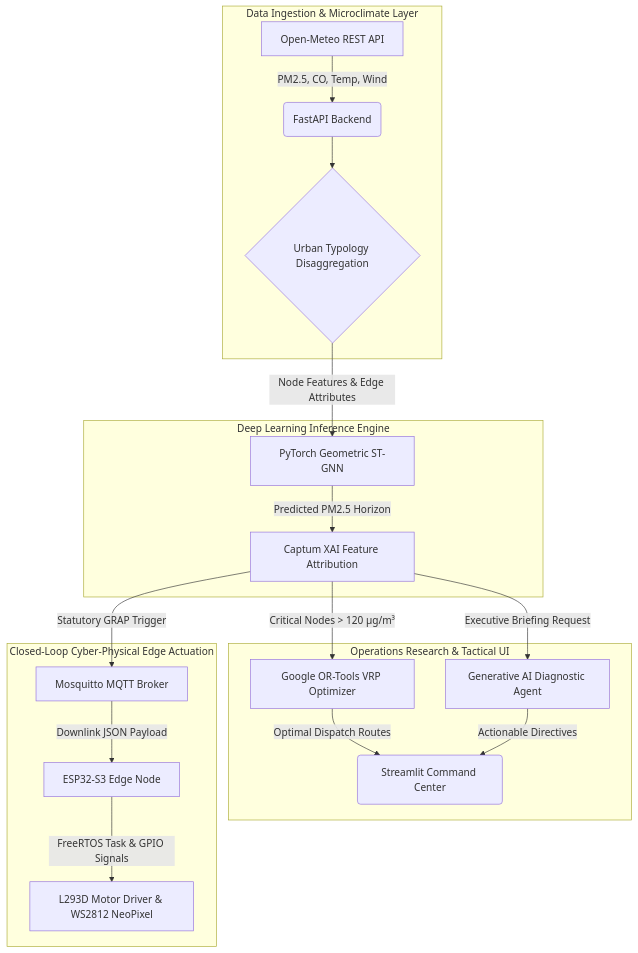
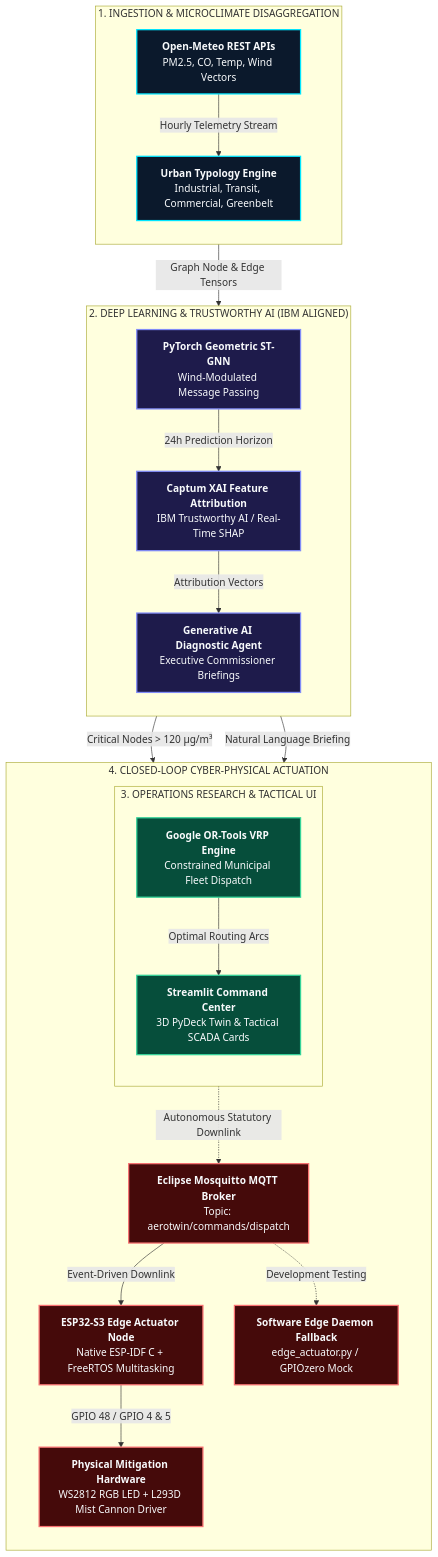
Before and after one commit to alfayezahmad/AeroTwin: the diagram in README.md, drawn with Mermaid. The commit also changed other lines of this file, not shown here.

Commit message:
docs(arch): restructure and format 4-tier closed-loop CPS architecture diagram

````diff
--- a/README.md
+++ b/README.md
@@ -48,25 +50,52 @@
 ```mermaid
-graph TD
-    subgraph Data Ingestion & Microclimate Layer
-        A[Open-Meteo REST API] -->|PM2.5, CO, Temp, Wind| B(FastAPI Backend)
-        B --> C{Urban Typology Disaggregation}
+flowchart TB
+    subgraph INGESTION["1. INGESTION & MICROCLIMATE DISAGGREGATION"]
+        direction TB
+        API["<b>Open-Meteo REST APIs</b><br/>PM2.5, CO, Temp, Wind Vectors"]
+        DISAGG["<b>Urban Typology Engine</b><br/>Industrial, Transit, Commercial, Greenbelt"]
+        API -->|Hourly Telemetry Stream| DISAGG
     end
 
-    subgraph Deep Learning Inference Engine
-        C -->|Node Features & Edge Attributes| D[PyTorch Geometric ST-GNN]
-        D -->|Predicted PM2.5 Horizon| E[Captum XAI Feature Attribution]
-    end
-    
-    subgraph Operations Research & Tactical UI
-        E -->|Critical Nodes > 120 µg/m³| F[Google OR-Tools VRP Optimizer]
-        F -->|Optimal Dispatch Routes| G(Streamlit Command Center)
-        E -->|Executive Briefing Request| H[Generative AI Diagnostic Agent]
-        H -->|Actionable Directives| G
+    subgraph ENGINE["2. DEEP LEARNING & TRUSTWORTHY AI (IBM ALIGNED)"]
+        direction TB
+        GNN["<b>PyTorch Geometric ST-GNN</b><br/>Wind-Modulated Message Passing"]
+        XAI["<b>Captum XAI Feature Attribution</b><br/>IBM Trustworthy AI / Real-Time SHAP"]
+        LLM["<b>Generative AI Diagnostic Agent</b><br/>Executive Commissioner Briefings"]
+        DISAGG -->|Graph Node & Edge Tensors| GNN
+        GNN -->|24h Prediction Horizon| XAI
+        XAI -->|Attribution Vectors| LLM
     end
 
-    subgraph Closed-Loop Cyber-Physical Edge Actuation
-        E -->|Statutory GRAP Trigger| I[Mosquitto MQTT Broker]
-        I -->|Downlink JSON Payload| J[ESP32-S3 Edge Node]
-        J -->|FreeRTOS Task & GPIO Signals| K[L293D Motor Driver & WS2812 NeoPixel]
+    subgraph COMMAND["3. OPERATIONS RESEARCH & TACTICAL UI"]
+        direction TB
+        VRP["<b>Google OR-Tools VRP Engine</b><br/>Constrained Municipal Fleet Dispatch"]
+        UI["<b>Streamlit Command Center</b><br/>3D PyDeck Twin & Tactical SCADA Cards"]
+        GNN -->|Critical Nodes > 120 µg/m³| VRP
+        VRP -->|Optimal Routing Arcs| UI
+        LLM -->|Natural Language Briefing| UI
     end
+
+    subgraph ACTUATION["4. CLOSED-LOOP CYBER-PHYSICAL ACTUATION"]
+        direction TB
+        MQTT["<b>Eclipse Mosquitto MQTT Broker</b><br/>Topic: aerotwin/commands/dispatch"]
+        MCU["<b>ESP32-S3 Edge Actuator Node</b><br/>Native ESP-IDF C + FreeRTOS Multitasking"]
+        CIRCUIT["<b>Physical Mitigation Hardware</b><br/>WS2812 RGB LED + L293D Mist Cannon Driver"]
+        MOCK["<b>Software Edge Daemon Fallback</b><br/>edge_actuator.py / GPIOzero Mock"]
+        
+        COMMAND -.->|Autonomous Statutory Downlink| MQTT
+        MQTT -->|Event-Driven Downlink| MCU
+        MQTT -.->|Development Testing| MOCK
+        MCU -->|GPIO 48 / GPIO 4 & 5| CIRCUIT
+    end
+
+    %% Premium Presentation Styling
+    classDef layerIngest fill:#0b192c,stroke:#00e5ff,stroke-width:2px,color:#f8fafc;
+    classDef layerAI fill:#1e1b4b,stroke:#818cf8,stroke-width:2px,color:#f8fafc;
+    classDef layerCommand fill:#064e3b,stroke:#34d399,stroke-width:2px,color:#f8fafc;
+    classDef layerEdge fill:#450a0a,stroke:#f87171,stroke-width:2px,color:#f8fafc;
+
+    class API,DISAGG layerIngest;
+    class GNN,XAI,LLM layerAI;
+    class VRP,UI layerCommand;
+    class MQTT,MCU,CIRCUIT,MOCK layerEdge;
 ```
````
